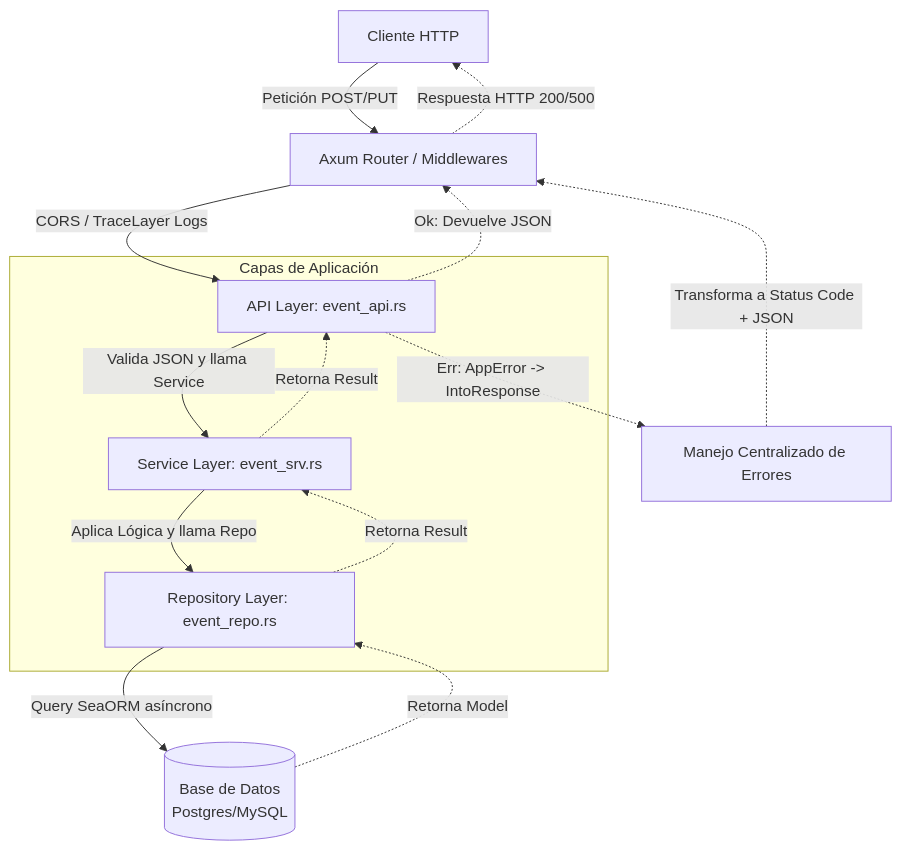
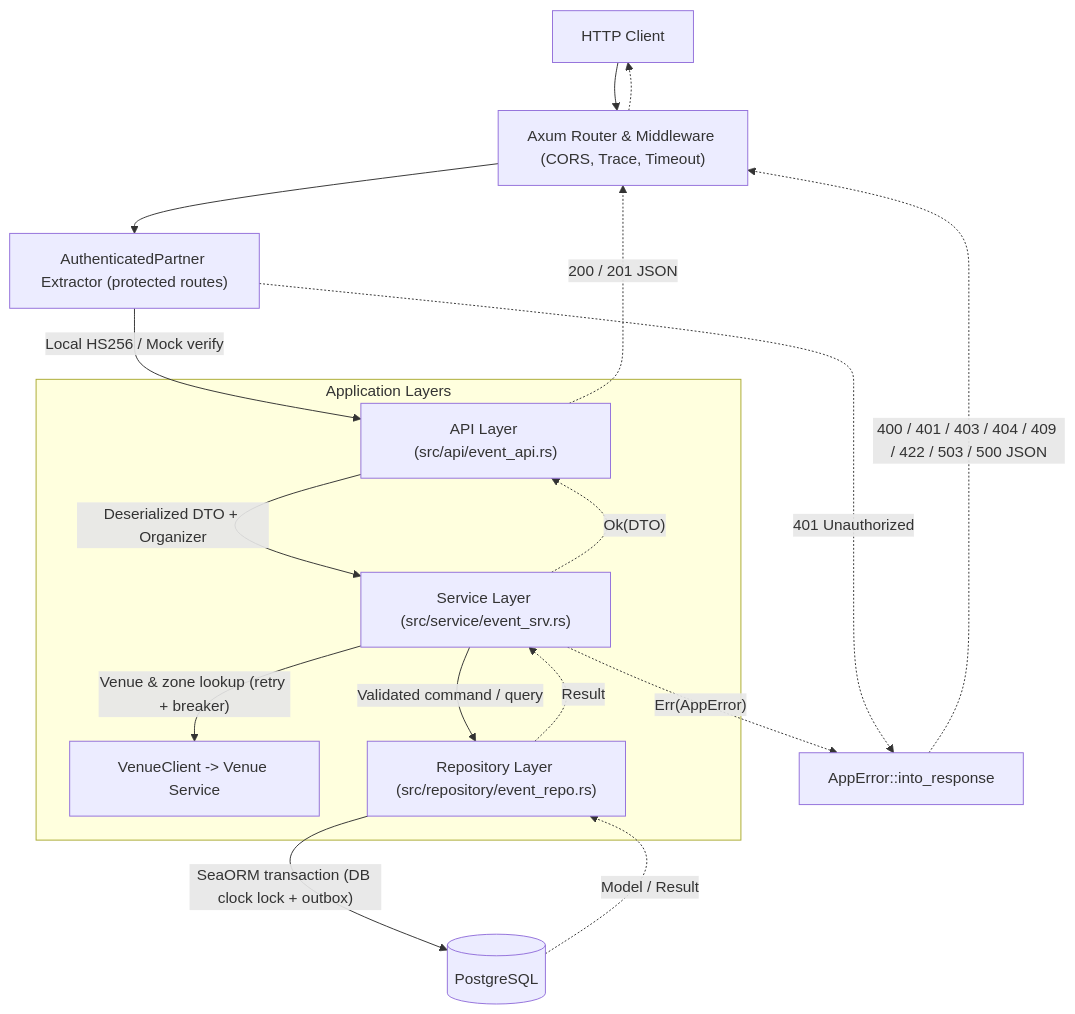
One commit to hjanssena/dsaster-event-management changed the diagram in docs/architecture/architecture.md. Above: the diagram before and after it, drawn with Mermaid. The commit also changed other lines of this file and 11 other files, not shown here.

````diff
--- a/docs/architecture/architecture.md
+++ b/docs/architecture/architecture.md
@@ -63,22 +111,24 @@
 ```mermaid
 flowchart TD
-    Client[Cliente HTTP] -->|Petición POST/PUT| Router[Axum Router / Middlewares]
-    Router -->|CORS / TraceLayer Logs| API[API Layer: event_api.rs]
-    
-    subgraph Capas de Aplicación
-        API -->|Valida JSON y llama Service| Service[Service Layer: event_srv.rs]
-        Service -->|Aplica Lógica y llama Repo| Repository[Repository Layer: event_repo.rs]
+    Client["HTTP Client"] --> Router["Axum Router & Middleware (CORS, Trace, Timeout)"]
+    Router --> Auth["AuthenticatedPartner Extractor (protected routes)"]
+    Auth -->|"Local HS256 / Mock verify"| API["API Layer (src/api/event_api.rs)"]
+
+    subgraph Application["Application Layers"]
+        API -->|"Deserialized DTO + Organizer"| Service["Service Layer (src/service/event_srv.rs)"]
+        Service -->|"Venue & zone lookup (retry + breaker)"| Venue["VenueClient -> Venue Service"]
+        Service -->|"Validated command / query"| Repo["Repository Layer (src/repository/event_repo.rs)"]
     end
-    
-    Repository -->|Query SeaORM asíncrono| DB[(Base de Datos\nPostgres/MySQL)]
-    
-    DB -.->|Retorna Model| Repository
-    Repository -.->|Retorna Result| Service
-    Service -.->|Retorna Result| API
-    
-    API -.->|Ok: Devuelve JSON| Router
-    API -.->|Err: AppError -> IntoResponse| ErrorHandler[Manejo Centralizado de Errores]
-    ErrorHandler -.->|Transforma a Status Code + JSON| Router
-    
-    Router -.->|Respuesta HTTP 200/500| Client
+
+    Repo -->|"SeaORM transaction (DB clock lock + outbox)"| DB[("PostgreSQL")]
+
+    DB -.->|"Model / Result"| Repo
+    Repo -.->|"Result"| Service
+    Service -.->|"Ok(DTO)"| API
+    Service -.->|"Err(AppError)"| ErrHandler["AppError::into_response"]
+    Auth -.->|"401 Unauthorized"| ErrHandler
+
+    API -.->|"200 / 201 JSON"| Router
+    ErrHandler -.->|"400 / 401 / 403 / 404 / 409 / 422 / 503 / 500 JSON"| Router
+    Router -.-> Client
 ```
````
